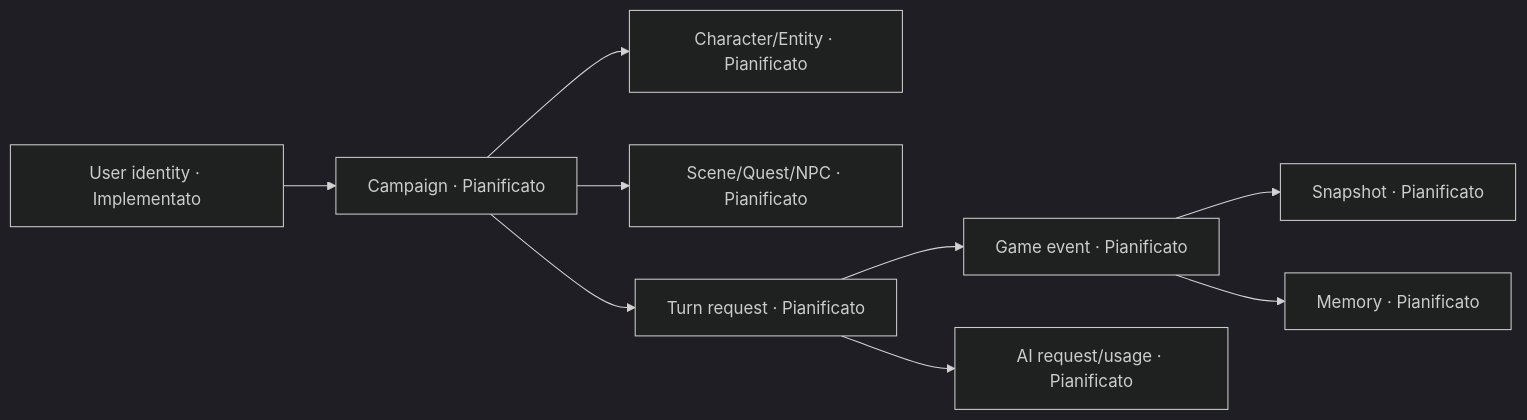
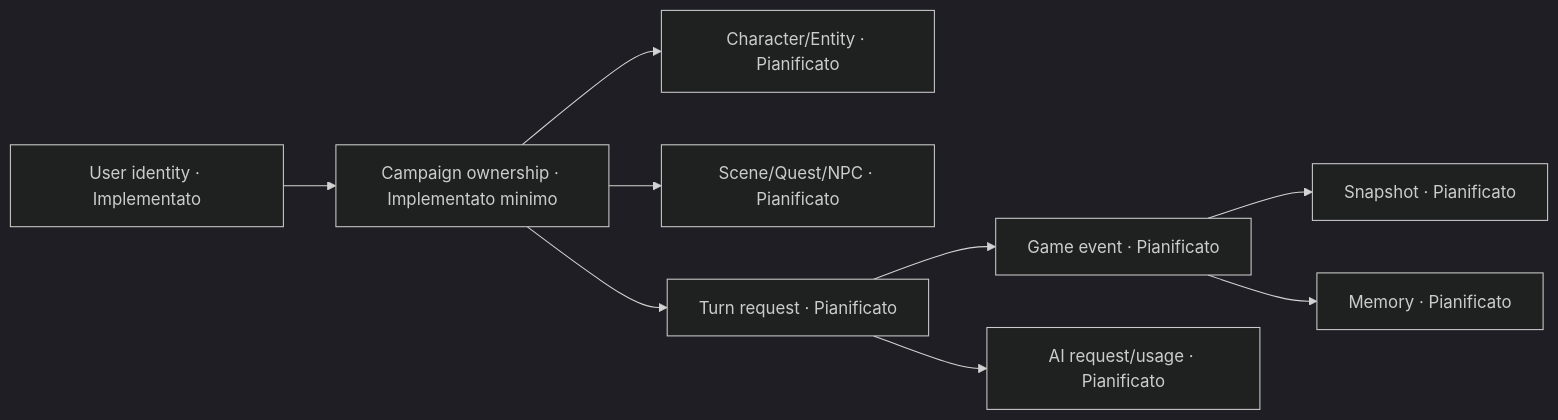
Before and after one commit to Emacore17/dnd-ai: the second of 2 diagrams in docs/data/DATA_MODEL.md, drawn with Mermaid (dark theme). The commit also changed other lines of this file and 12 other files, not shown here.

````diff
--- a/docs/data/DATA_MODEL.md
+++ b/docs/data/DATA_MODEL.md
@@ -200,11 +228,11 @@
 ```mermaid
 flowchart LR
-    USER["User identity · Implementato"] --> CAMPAIGN["Campaign · Pianificato"]
+    USER["User identity · Implementato"] --> CAMPAIGN["Campaign ownership · Implementato minimo"]
     CAMPAIGN --> CHARACTER["Character/Entity · Pianificato"]
     CAMPAIGN --> SCENE["Scene/Quest/NPC · Pianificato"]
     CAMPAIGN --> TURN["Turn request · Pianificato"]
     TURN --> EVENT["Game event · Pianificato"]
     EVENT --> SNAPSHOT["Snapshot · Pianificato"]
     EVENT --> MEMORY["Memory · Pianificato"]
     TURN --> AI_REQUEST["AI request/usage · Pianificato"]
 ```
````
